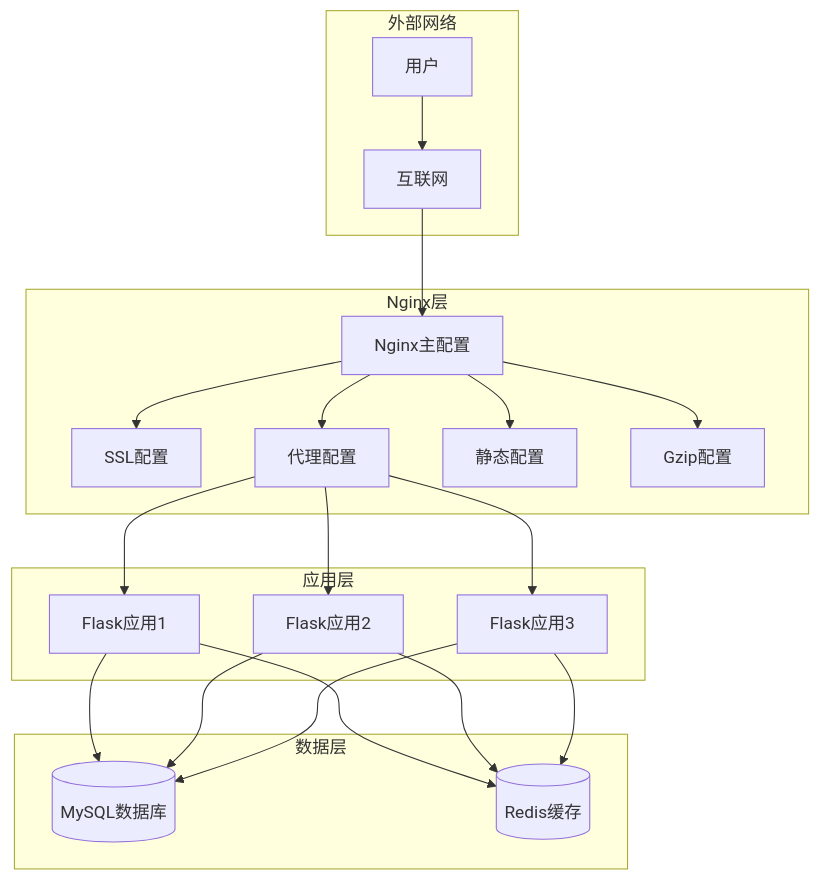
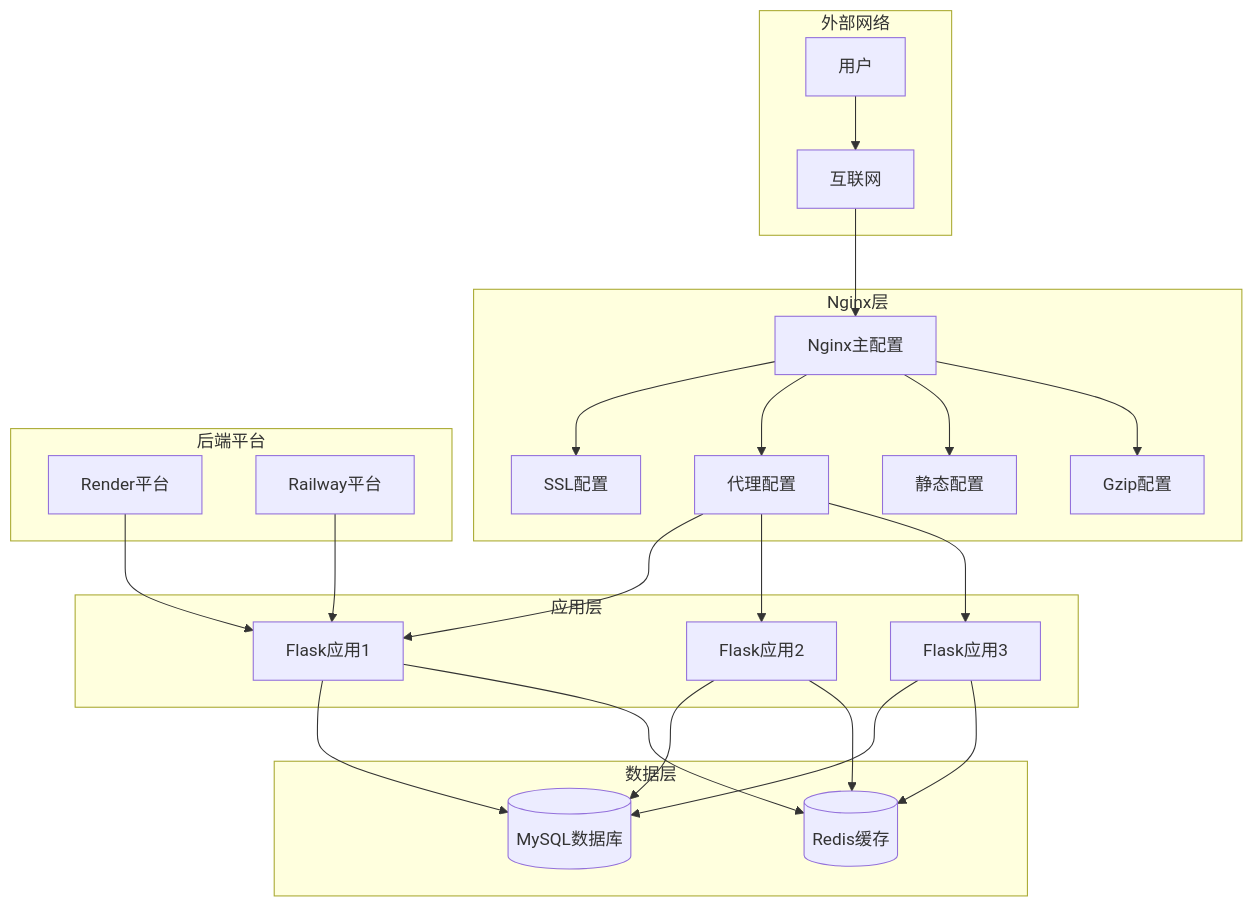
The third of 11 diagrams in .qoder/repowiki/zh/content/技术架构设计/部署架构设计/Nginx反向代理配置.md (wyg5208/website_diy), drawn with Mermaid before and after one commit. The commit also changed other lines of this file and 7 other files, not shown here.

````diff
--- a/.qoder/repowiki/zh/content/技术架构设计/部署架构设计/Nginx反向代理配置.md
+++ b/.qoder/repowiki/zh/content/技术架构设计/部署架构设计/Nginx反向代理配置.md
@@ -114,38 +134,44 @@
 ```mermaid
 graph TB
 subgraph "外部网络"
 Users[用户]
 Internet[互联网]
 end
 subgraph "Nginx层"
 NginxMain[Nginx主配置]
 SSLConf[SSL配置]
 ProxyConf[代理配置]
 StaticConf[静态配置]
 GzipConf[Gzip配置]
 end
 subgraph "应用层"
 App1[Flask应用1]
 App2[Flask应用2]
 App3[Flask应用3]
 end
 subgraph "数据层"
 MySQL[(MySQL数据库)]
 Redis[(Redis缓存)]
 end
+subgraph "后端平台"
+Render[Render平台]
+Railway[Railway平台]
+end
 Users --> Internet
 Internet --> NginxMain
 NginxMain --> SSLConf
 NginxMain --> ProxyConf
 NginxMain --> StaticConf
 NginxMain --> GzipConf
 ProxyConf --> App1
 ProxyConf --> App2
 ProxyConf --> App3
 App1 --> MySQL
 App2 --> MySQL
 App3 --> MySQL
 App1 --> Redis
 App2 --> Redis
 App3 --> Redis
+Render --> App1
+Railway --> App1
 ```
````
